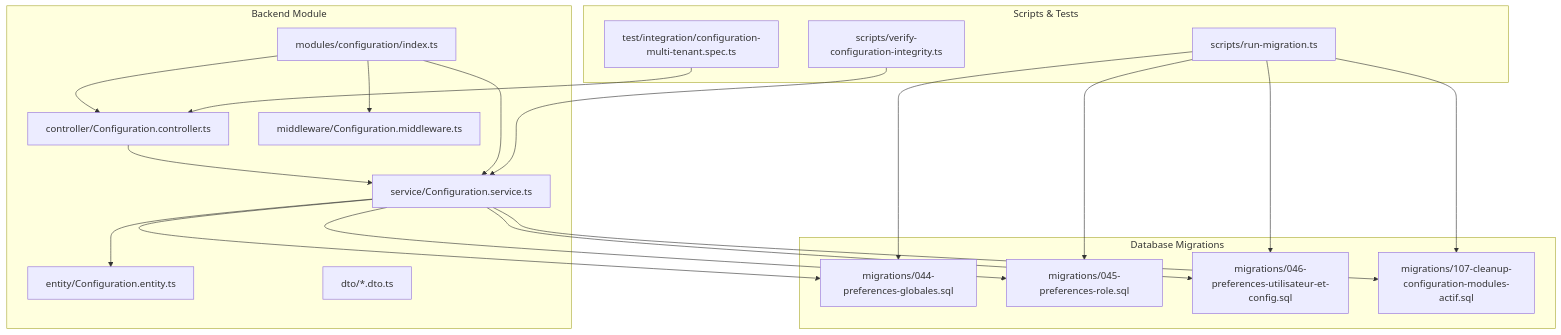
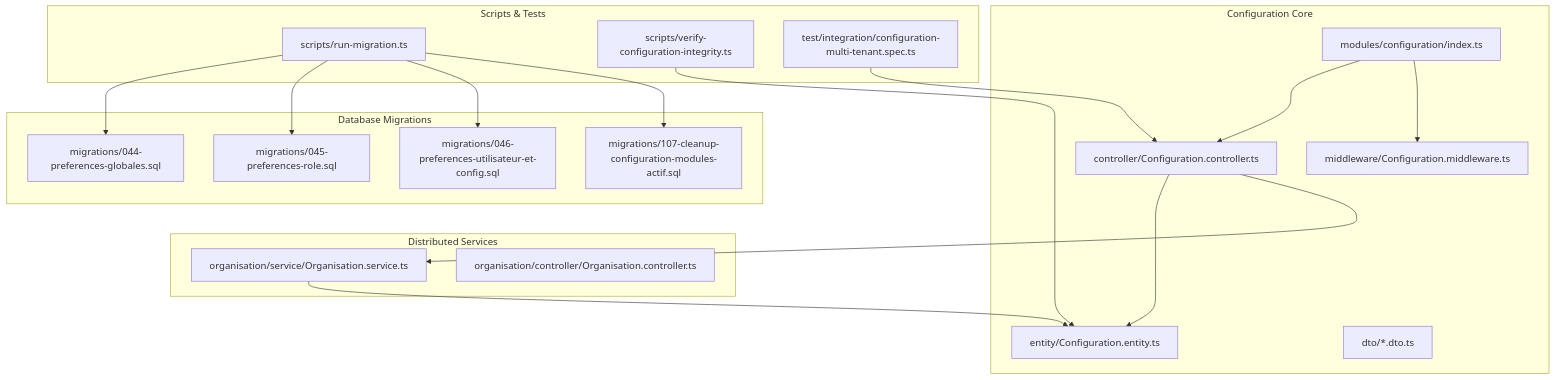
Before and after one commit to franckylab/eLISAschool: the first of 5 diagrams in .qoder/repowiki/en/content/Core Systems/Configuration Management.md, drawn with Mermaid. The commit also changed other lines of this file and 35 other files, not shown here.

First line of the commit message:
refactor(configuration): redistribuer la gestion de la configuration vers architecture distribuée

````diff
--- a/.qoder/repowiki/en/content/Core Systems/Configuration Management.md
+++ b/.qoder/repowiki/en/content/Core Systems/Configuration Management.md
@@ -54,37 +56,36 @@
 ```mermaid
 graph TB
-subgraph "Backend Module"
+subgraph "Configuration Core"
 CIndex["modules/configuration/index.ts"]
 CEntity["entity/Configuration.entity.ts"]
 CDTOs["dto/*.dto.ts"]
-CService["service/Configuration.service.ts"]
 CController["controller/Configuration.controller.ts"]
 CMiddleware["middleware/Configuration.middleware.ts"]
+end
+subgraph "Distributed Services"
+OService["organisation/service/Organisation.service.ts"]
+OController["organisation/controller/Organisation.controller.ts"]
 end
 subgraph "Database Migrations"
 M044["migrations/044-preferences-globales.sql"]
 M045["migrations/045-preferences-role.sql"]
 M046["migrations/046-preferences-utilisateur-et-config.sql"]
 M107["migrations/107-cleanup-configuration-modules-actif.sql"]
 end
 subgraph "Scripts & Tests"
 SRun["scripts/run-migration.ts"]
 SVerify["scripts/verify-configuration-integrity.ts"]
 TMulti["test/integration/configuration-multi-tenant.spec.ts"]
 end
-CController --> CService
-CService --> CEntity
-CService --> M044
-CService --> M045
-CService --> M046
-CService --> M107
+CController --> CEntity
+CController --> OService
 CIndex --> CController
-CIndex --> CService
 CIndex --> CMiddleware
+OService --> CEntity
 SRun --> M044
 SRun --> M045
 SRun --> M046
 SRun --> M107
-SVerify --> CService
+SVerify --> CEntity
 TMulti --> CController
 ```
````
